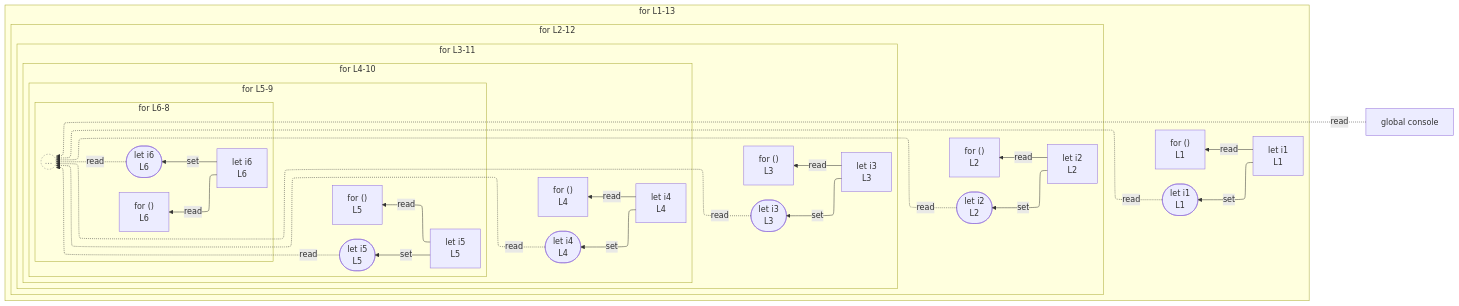
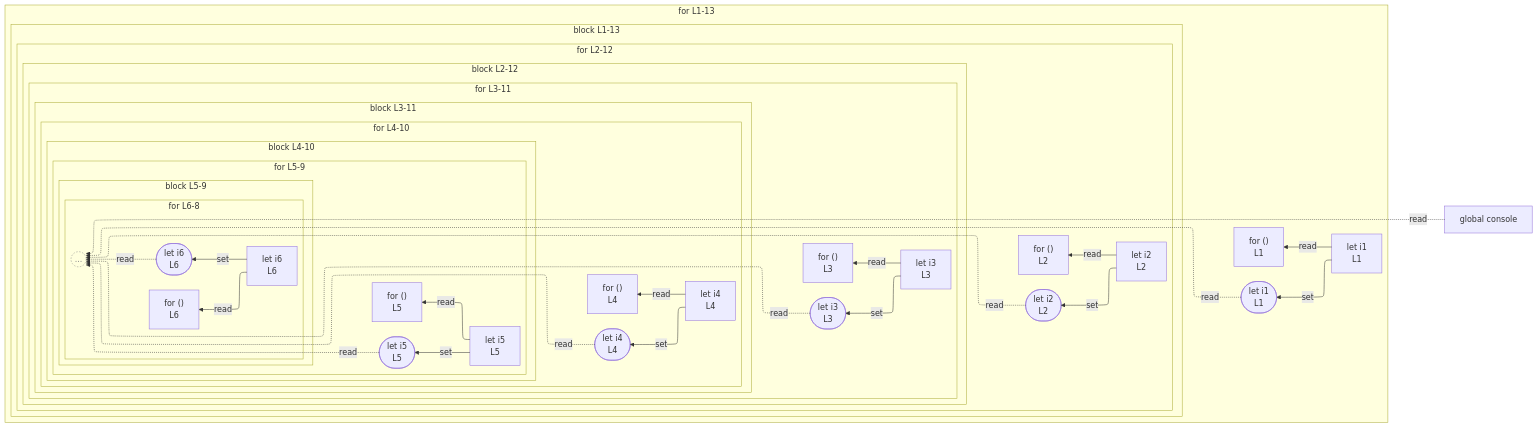
One commit to crescware/unsnarl changed the diagram in integration/fixtures/app-behavior/depth/for/depth-5/preview.md. Above: the diagram before and after it, drawn with Mermaid. The commit also changed 106 other files, not shown here.

````diff
--- a/integration/fixtures/app-behavior/depth/for/depth-5/preview.md
+++ b/integration/fixtures/app-behavior/depth/for/depth-5/preview.md
@@ -23,63 +23,78 @@
 ```mermaid
 %%{init: {"flowchart": {"defaultRenderer": "elk"}}}%%
 flowchart RL
   n_scope_0_console_240["global console"]
   subgraph s_scope_1["for L1-13"]
     direction RL
     for_test_scope_0_0["for ()<br/>L1"]
     n_scope_1_i1_9["let i1<br/>L1"]
     wr_ref_2(["let i1<br/>L1"])
-    subgraph s_scope_3["for L2-12"]
+    subgraph s_scope_2["block L1-13"]
       direction RL
-      for_test_scope_2_35["for ()<br/>L2"]
-      n_scope_3_i2_44["let i2<br/>L2"]
-      wr_ref_5(["let i2<br/>L2"])
-      subgraph s_scope_5["for L3-11"]
+      subgraph s_scope_3["for L2-12"]
         direction RL
-        for_test_scope_4_72["for ()<br/>L3"]
-        n_scope_5_i3_81["let i3<br/>L3"]
-        wr_ref_8(["let i3<br/>L3"])
-        subgraph s_scope_7["for L4-10"]
+        for_test_scope_2_35["for ()<br/>L2"]
+        n_scope_3_i2_44["let i2<br/>L2"]
+        wr_ref_5(["let i2<br/>L2"])
+        subgraph s_scope_4["block L2-12"]
           direction RL
-          for_test_scope_6_111["for ()<br/>L4"]
-          n_scope_7_i4_120["let i4<br/>L4"]
-          wr_ref_11(["let i4<br/>L4"])
-          subgraph s_scope_9["for L5-9"]
+          subgraph s_scope_5["for L3-11"]
             direction RL
-            for_test_scope_8_152["for ()<br/>L5"]
-            n_scope_9_i5_161["let i5<br/>L5"]
-            wr_ref_14(["let i5<br/>L5"])
-            subgraph s_scope_11["for L6-8"]
+            for_test_scope_4_72["for ()<br/>L3"]
+            n_scope_5_i3_81["let i3<br/>L3"]
+            wr_ref_8(["let i3<br/>L3"])
+            subgraph s_scope_6["block L3-11"]
               direction RL
-              for_test_scope_10_195["for ()<br/>L6"]
-              n_scope_11_i6_204["let i6<br/>L6"]
-              wr_ref_17(["let i6<br/>L6"])
-              beyond_depth_s_scope_11((...))
+              subgraph s_scope_7["for L4-10"]
+                direction RL
+                for_test_scope_6_111["for ()<br/>L4"]
+                n_scope_7_i4_120["let i4<br/>L4"]
+                wr_ref_11(["let i4<br/>L4"])
+                subgraph s_scope_8["block L4-10"]
+                  direction RL
+                  subgraph s_scope_9["for L5-9"]
+                    direction RL
+                    for_test_scope_8_152["for ()<br/>L5"]
+                    n_scope_9_i5_161["let i5<br/>L5"]
+                    wr_ref_14(["let i5<br/>L5"])
+                    subgraph s_scope_10["block L5-9"]
+                      direction RL
+                      subgraph s_scope_11["for L6-8"]
+                        direction RL
+                        for_test_scope_10_195["for ()<br/>L6"]
+                        n_scope_11_i6_204["let i6<br/>L6"]
+                        wr_ref_17(["let i6<br/>L6"])
+                        beyond_depth_s_scope_11((...))
+                      end
+                    end
+                  end
+                end
+              end
             end
           end
         end
       end
     end
   end
   n_scope_1_i1_9 -->|set| wr_ref_2
   n_scope_3_i2_44 -->|set| wr_ref_5
   n_scope_5_i3_81 -->|set| wr_ref_8
   n_scope_7_i4_120 -->|set| wr_ref_11
   n_scope_9_i5_161 -->|set| wr_ref_14
   n_scope_11_i6_204 -->|set| wr_ref_17
   n_scope_1_i1_9 -->|read| for_test_scope_0_0
   n_scope_3_i2_44 -->|read| for_test_scope_2_35
   n_scope_5_i3_81 -->|read| for_test_scope_4_72
   n_scope_7_i4_120 -->|read| for_test_scope_6_111
   n_scope_9_i5_161 -->|read| for_test_scope_8_152
   n_scope_11_i6_204 -->|read| for_test_scope_10_195
   n_scope_0_console_240 -.->|read| beyond_depth_s_scope_11
   wr_ref_2 -.->|read| beyond_depth_s_scope_11
   wr_ref_5 -.->|read| beyond_depth_s_scope_11
   wr_ref_8 -.->|read| beyond_depth_s_scope_11
   wr_ref_11 -.->|read| beyond_depth_s_scope_11
   wr_ref_14 -.->|read| beyond_depth_s_scope_11
   wr_ref_17 -.->|read| beyond_depth_s_scope_11
   classDef boundaryStub fill:transparent,stroke:#888,stroke-dasharray:3 3,color:#888;
   class beyond_depth_s_scope_11 boundaryStub;
 ```
````
